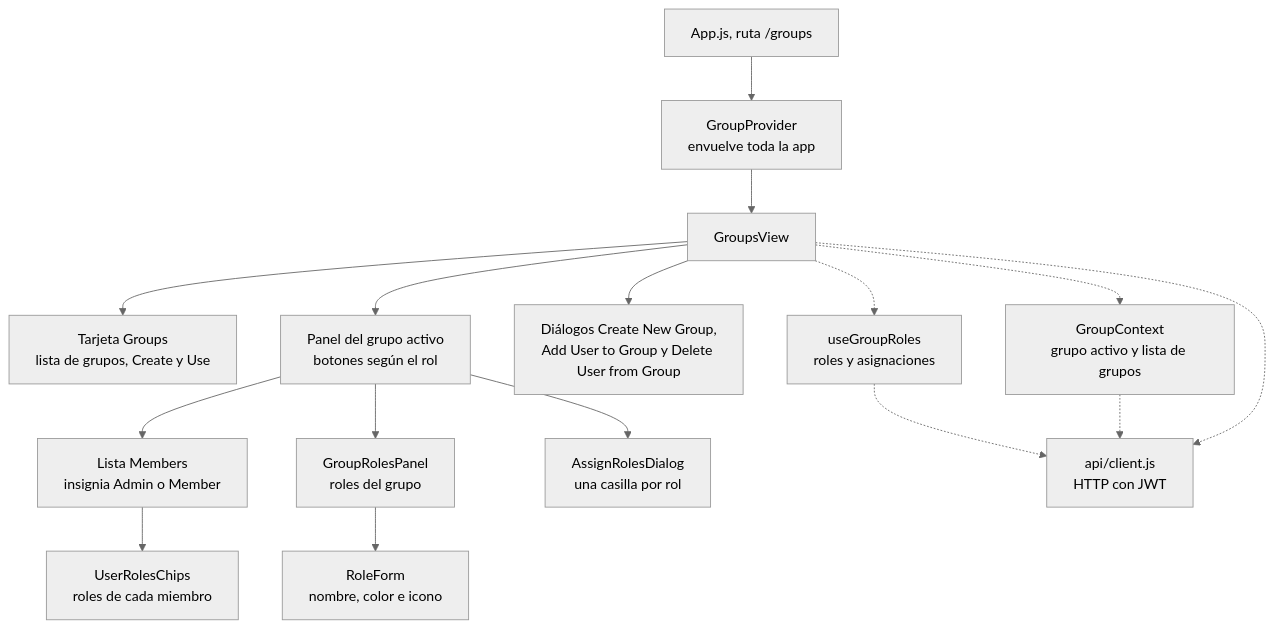
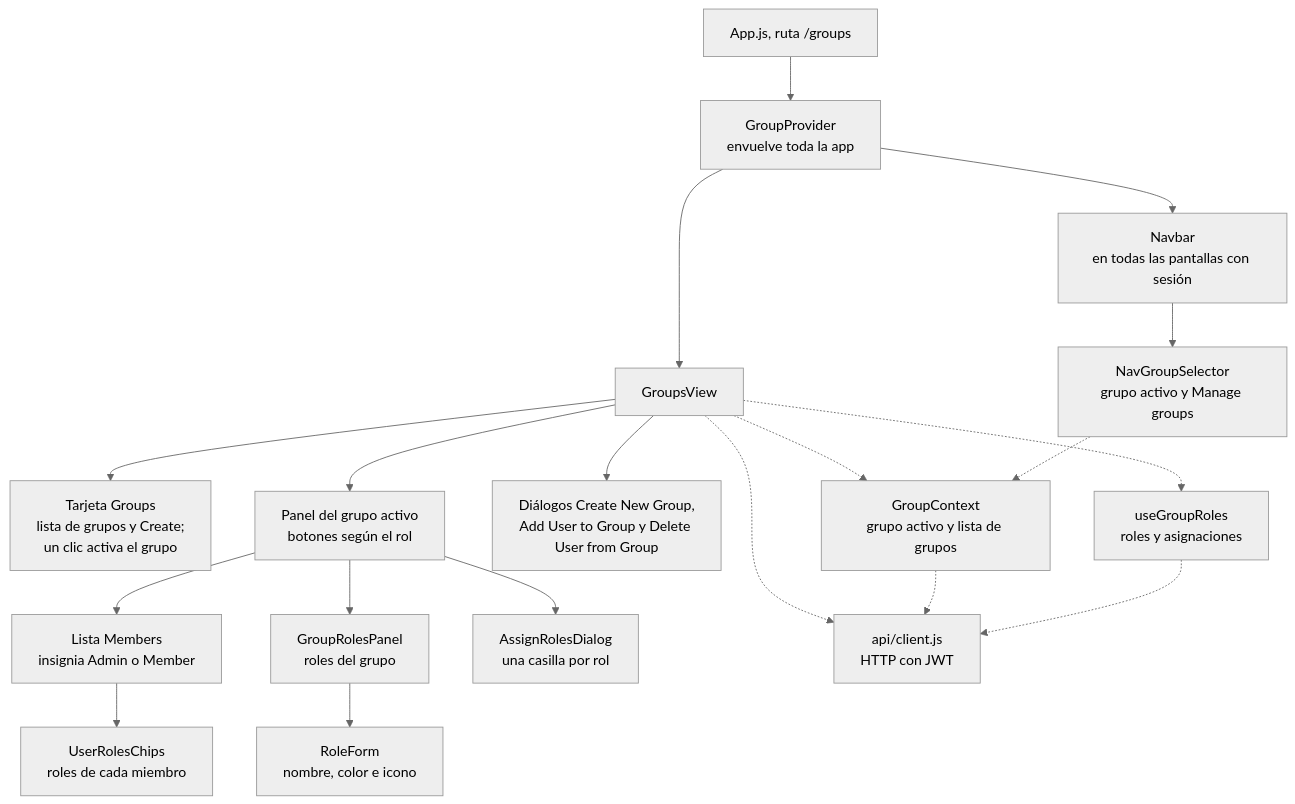
Before and after one commit to PabloP150/proyecto-is-cc6: the diagram in documentacion/05-interfaz/02-grupos-y-roles.md, drawn with Mermaid (neutral theme). The commit also changed other lines of this file and 204 other files, not shown here.

First line of the commit message:
docs: update all documentation, diagrams and PNGs to the test/e2e state

````diff
--- a/documentacion/05-interfaz/02-grupos-y-roles.md
+++ b/documentacion/05-interfaz/02-grupos-y-roles.md
@@ -9,18 +9,21 @@
 ```mermaid
 flowchart TD
     APP["App.js, ruta /groups"] --> GP["GroupProvider<br/>envuelve toda la app"]
+    GP --> NAV["Navbar<br/>en todas las pantallas con sesión"]
+    NAV --> SEL["NavGroupSelector<br/>grupo activo y Manage groups"]
     GP --> GV["GroupsView"]
-    GV --> LIST["Tarjeta Groups<br/>lista de grupos, Create y Use"]
+    GV --> LIST["Tarjeta Groups<br/>lista de grupos y Create;<br/>un clic activa el grupo"]
     GV --> DET["Panel del grupo activo<br/>botones según el rol"]
     DET --> MEM["Lista Members<br/>insignia Admin o Member"]
     MEM --> CHIPS["UserRolesChips<br/>roles de cada miembro"]
     DET --> GRP["GroupRolesPanel<br/>roles del grupo"]
     GRP --> RF["RoleForm<br/>nombre, color e icono"]
     DET --> ARD["AssignRolesDialog<br/>una casilla por rol"]
     GV --> DLG["Diálogos Create New Group,<br/>Add User to Group y Delete User from Group"]
+    SEL -.-> CTX["GroupContext<br/>grupo activo y lista de grupos"]
     GV -.-> HOOK["useGroupRoles<br/>roles y asignaciones"]
-    GV -.-> CTX["GroupContext<br/>grupo activo y lista de grupos"]
+    GV -.-> CTX
     HOOK -.-> API["api/client.js<br/>HTTP con JWT"]
     CTX -.-> API
     GV -.-> API
 ```
````
